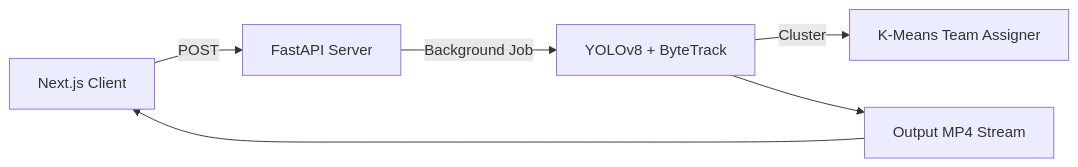
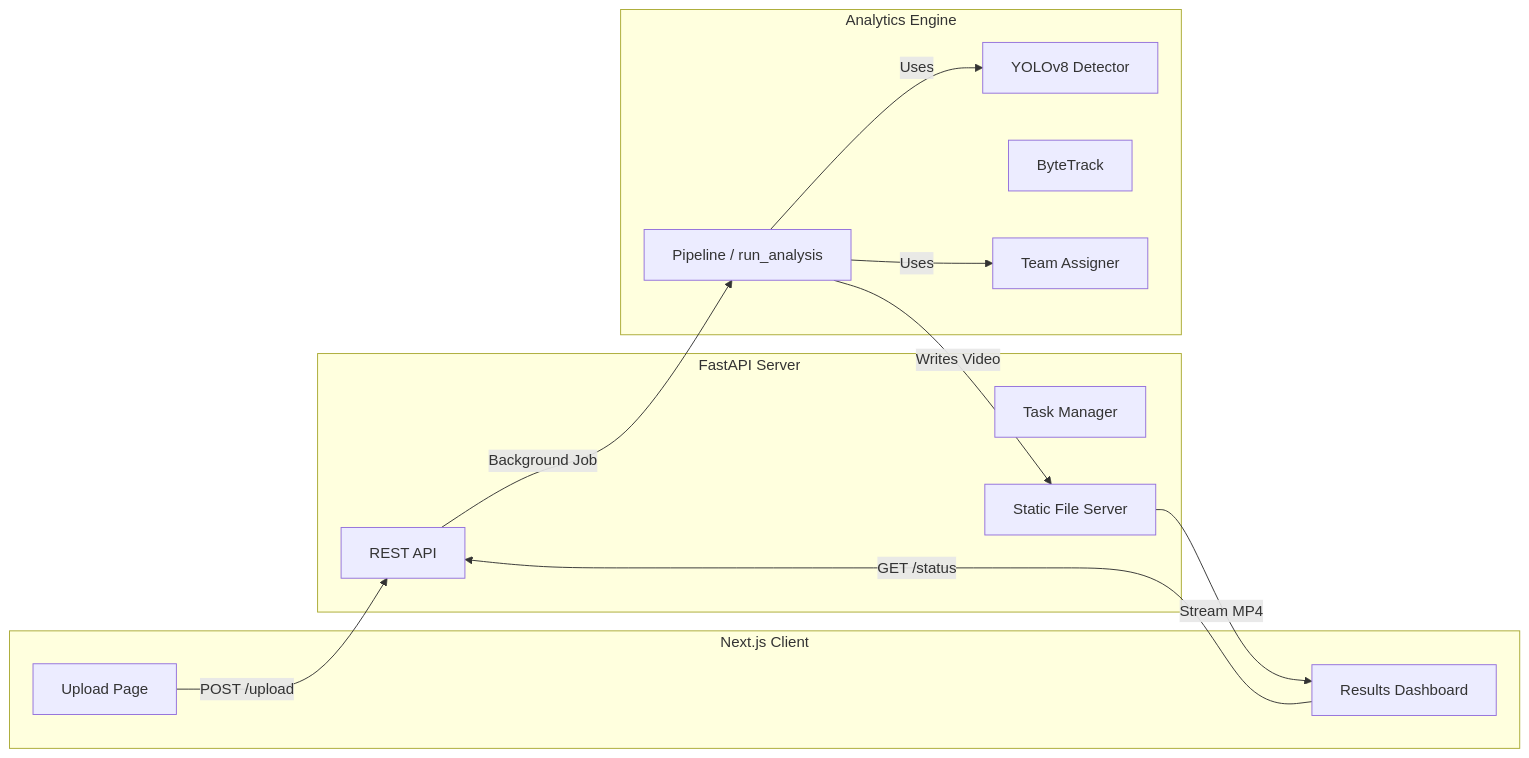
One commit to MrRenntech/AI-football-analysis-dashboard changed the diagram in README.md. Above: the diagram before and after it, drawn with Mermaid. The commit also changed other lines of this file and 1 other file, not shown here.

````diff
--- a/README.md
+++ b/README.md
@@ -18,8 +69,28 @@
 ```mermaid
 graph LR
-    UI[Next.js Client] -->|POST| API[FastAPI Server]
-    API -->|Background Job| Core[YOLOv8 + ByteTrack]
-    Core -->|Cluster| Teams[K-Means Team Assigner]
-    Core --> Video[Output MP4 Stream]
-    Video --> UI
+    subgraph Frontend [Next.js Client]
+        UI[Upload Page]
+        Dash[Results Dashboard]
+    end
+    
+    subgraph Backend [FastAPI Server]
+        API[REST API]
+        Task[Task Manager]
+        Static[Static File Server]
+    end
+    
+    subgraph Core [Analytics Engine]
+        Pipe[Pipeline / run_analysis]
+        YOLO[YOLOv8 Detector]
+        Byte[ByteTrack]
+        KMeans[Team Assigner]
+    end
+    
+    UI -->|POST /upload| API
+    Dash -->|GET /status| API
+    API -->|Background Job| Pipe
+    Pipe -->|Uses| YOLO
+    Pipe -->|Uses| KMeans
+    Pipe -->|Writes Video| Static
+    Static -->|Stream MP4| Dash
 ```
````
